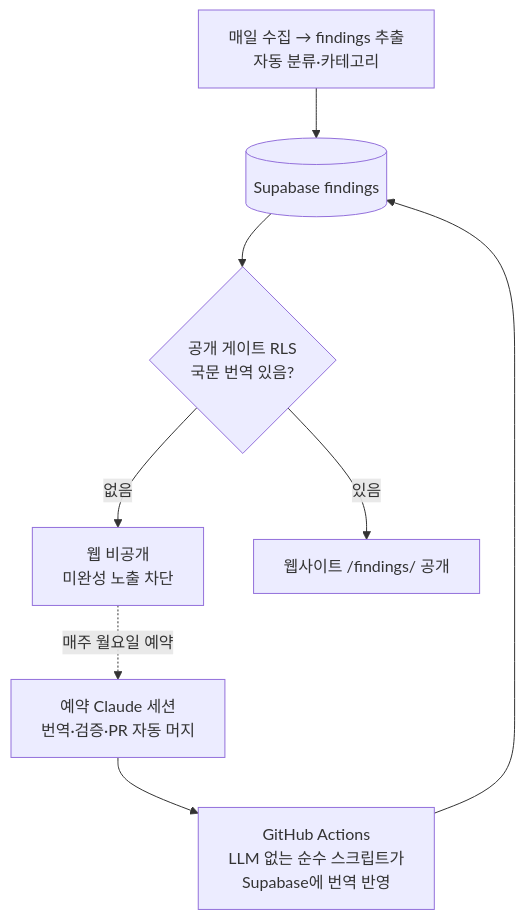
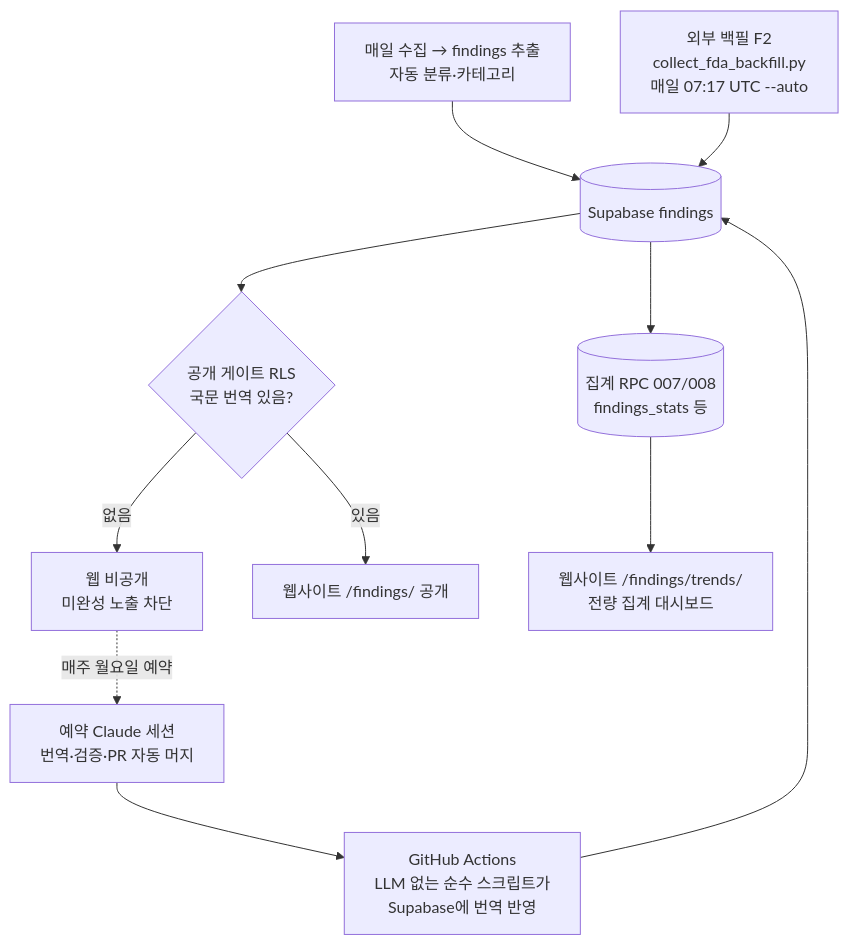
Before and after one commit to MINHOYEOM/grm-api-intake: the third of 3 diagrams in GRM_SYSTEM.md, drawn with Mermaid. The commit also changed other lines of this file, not shown here.

````diff
--- a/GRM_SYSTEM.md
+++ b/GRM_SYSTEM.md
@@ -176,10 +176,13 @@
 ```mermaid
 flowchart TD
     A[매일 수집 → findings 추출<br/>자동 분류·카테고리] --> B[(Supabase findings)]
+    Z[외부 백필 F2<br/>collect_fda_backfill.py<br/>매일 07:17 UTC --auto] --> B
     B --> C{공개 게이트 RLS<br/>국문 번역 있음?}
     C -->|없음| D[웹 비공개<br/>미완성 노출 차단]
     C -->|있음| E[웹사이트 /findings/ 공개]
     D -. 매주 월요일 예약 .-> F[예약 Claude 세션<br/>번역·검증·PR 자동 머지]
     F --> G[GitHub Actions<br/>LLM 없는 순수 스크립트가<br/>Supabase에 번역 반영]
     G --> B
+    B --> H[(집계 RPC 007/008<br/>findings_stats 등)]
+    H --> I[웹사이트 /findings/trends/<br/>전량 집계 대시보드]
 ```
````
